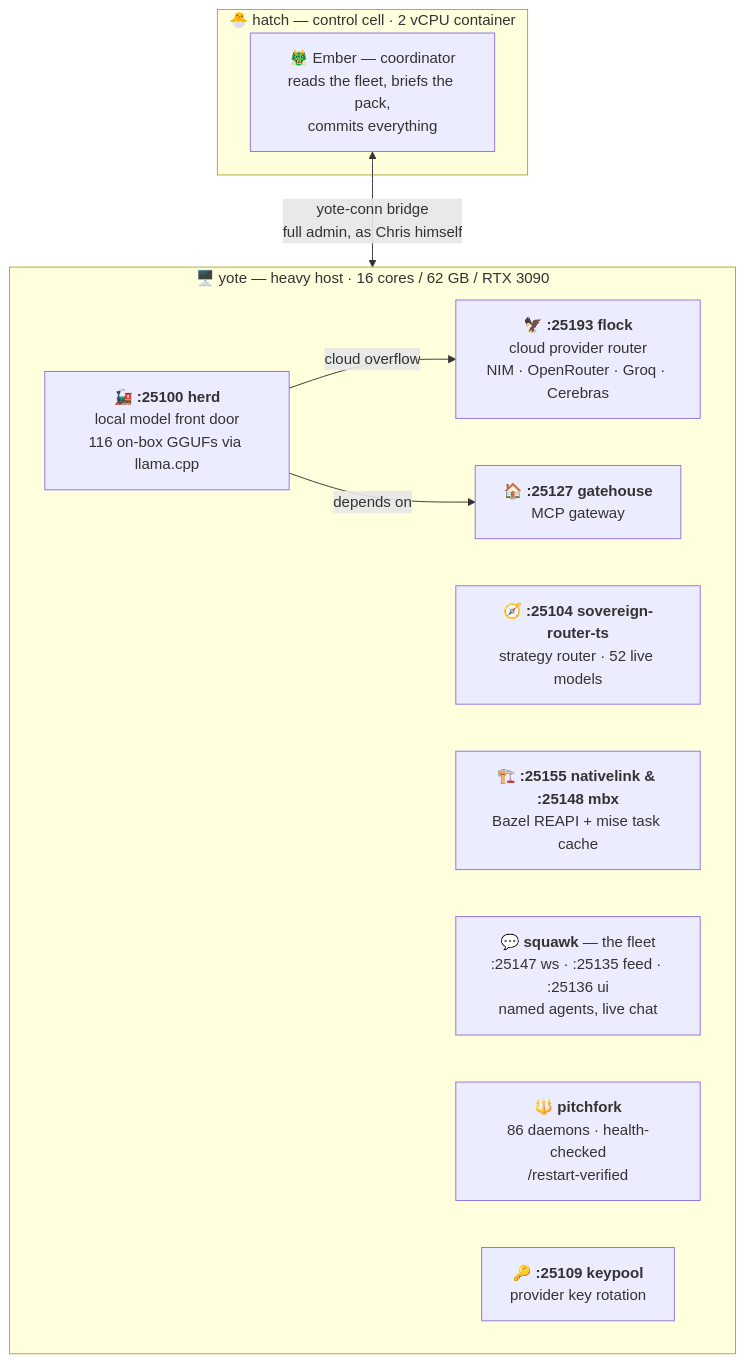
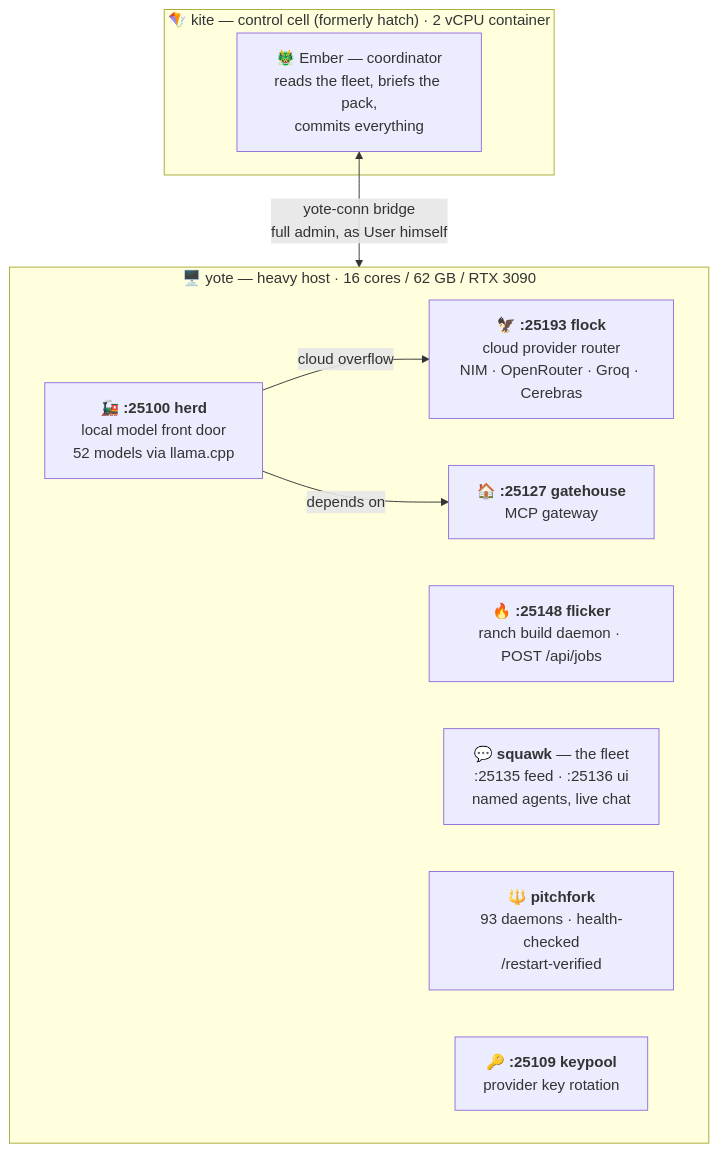
The diagram in README.md (toxicwind/estate), drawn with Mermaid before and after one commit. The commit also changed other lines of this file and 2634 other files, not shown here.

First line of the commit message:
README accuracy pass: verified every claim against the live box (2026-10-15)

````diff
--- a/README.md
+++ b/README.md
@@ -28,19 +28,18 @@
 ```mermaid
 flowchart TB
-    subgraph hatch["🐣 hatch — control cell · 2 vCPU container"]
+    subgraph kite["🪁 kite — control cell (formerly hatch) · 2 vCPU container"]
         EMBER["🐲 Ember — coordinator\nreads the fleet, briefs the pack,\ncommits everything"]
     end
     subgraph yote["🖥️ yote — heavy host · 16 cores / 62 GB / RTX 3090"]
-        HERD["🚂 <b>:25100 herd</b>\nlocal model front door\n116 on-box GGUFs via llama.cpp"]
+        HERD["🚂 <b>:25100 herd</b>\nlocal model front door\n52 models via llama.cpp"]
         FLOCK["🦅 <b>:25193 flock</b>\ncloud provider router\nNIM · OpenRouter · Groq · Cerebras"]
-        SOV["🧭 <b>:25104 sovereign-router-ts</b>\nstrategy router · 52 live models"]
+        FLK["🔥 <b>:25148 flicker</b>\nranch build daemon · POST /api/jobs"]
         GH["🏠 <b>:25127 gatehouse</b>\nMCP gateway"]
-        BUILD["🏗️ <b>:25155 nativelink & :25148 mbx</b>\nBazel REAPI + mise task cache"]
-        SQ["💬 <b>squawk</b> — the fleet\n:25147 ws · :25135 feed · :25136 ui\nnamed agents, live chat"]
-        PF["🔱 <b>pitchfork</b>\n86 daemons · health-checked\n/restart-verified"]
+                SQ["💬 <b>squawk</b> — the fleet\n:25135 feed · :25136 ui\nnamed agents, live chat"]
+        PF["🔱 <b>pitchfork</b>\n93 daemons · health-checked\n/restart-verified"]
         KP["🔑 <b>:25109 keypool</b>\nprovider key rotation"]
         HERD -->|"cloud overflow"| FLOCK
         HERD -->|"depends on"| GH
     end
-    EMBER <-->|"yote-conn bridge\nfull admin, as Chris himself"| yote
+    EMBER <-->|"yote-conn bridge\nfull admin, as User himself"| yote
 ```
````
